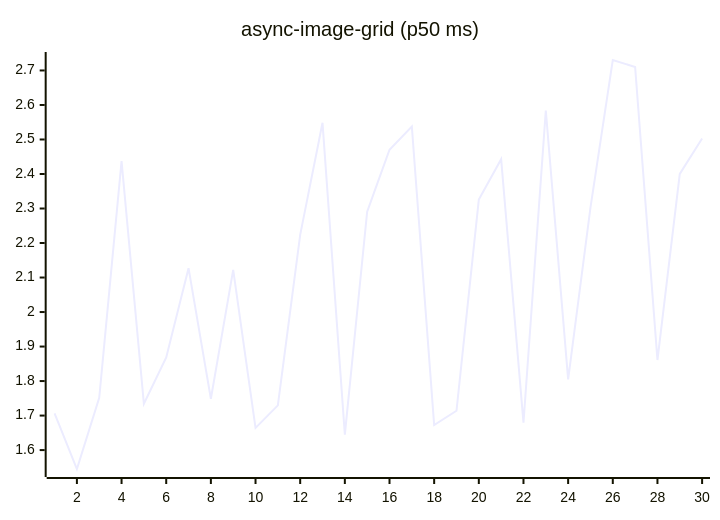
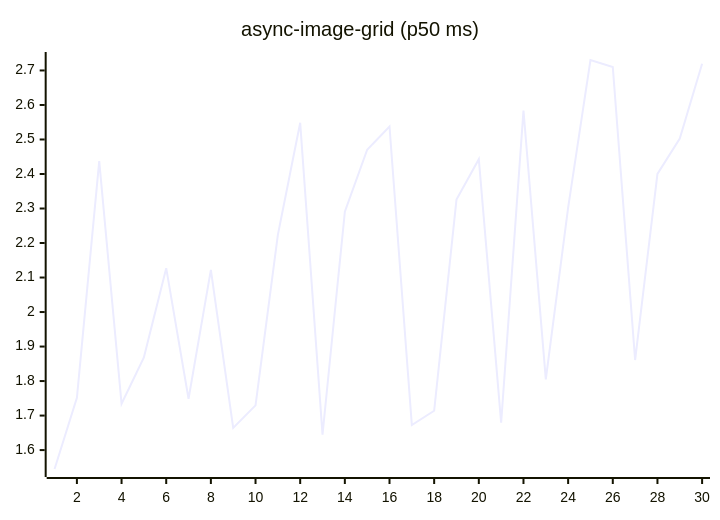
Before and after one commit to josha/Facet: the fifth of 27 diagrams in README.md, drawn with Mermaid. The commit also changed other lines of this file and 2 other files, not shown here.

````diff
--- a/README.md
+++ b/README.md
@@ -91,6 +91,6 @@
 ```mermaid
 xychart-beta
     title "async-image-grid (p50 ms)"
     x-axis 1 --> 30
-    line [1.7066, 1.5452, 1.7512, 2.4372, 1.7341, 1.8684, 2.1272, 1.7487, 2.1221, 1.6642, 1.7295, 2.2238, 2.5483, 1.6449, 2.2910, 2.4702, 2.5376, 1.6727, 1.7140, 2.3260, 2.4429, 1.6792, 2.5838, 1.8048, 2.3022, 2.7303, 2.7101, 1.8610, 2.4003, 2.5028]
+    line [1.5452, 1.7512, 2.4372, 1.7341, 1.8684, 2.1272, 1.7487, 2.1221, 1.6642, 1.7295, 2.2238, 2.5483, 1.6449, 2.2910, 2.4702, 2.5376, 1.6727, 1.7140, 2.3260, 2.4429, 1.6792, 2.5838, 1.8048, 2.3022, 2.7303, 2.7101, 1.8610, 2.4003, 2.5028, 2.7193]
 ```
````
